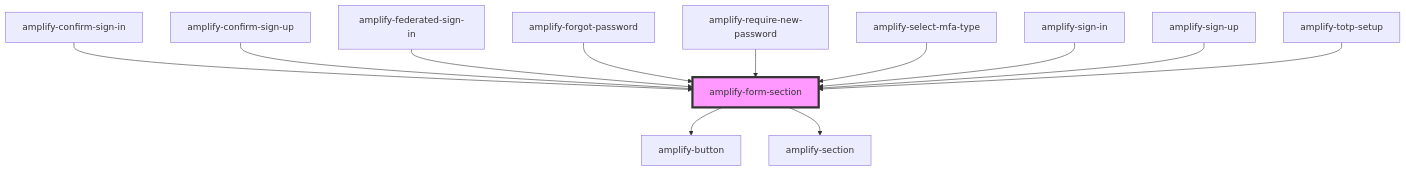
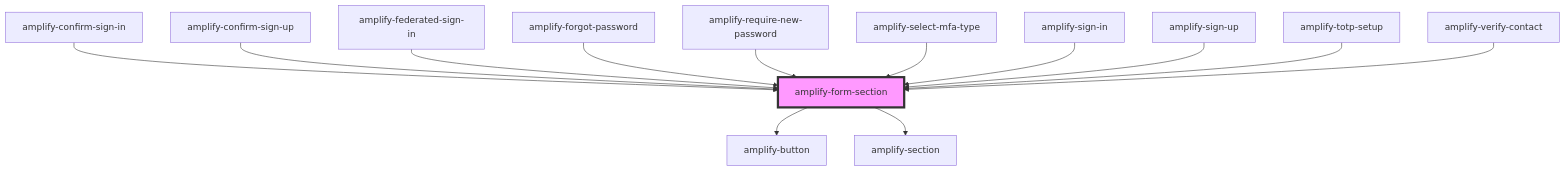
Before and after one commit to OneDev0411/amplify-js: the diagram in packages/amplify-ui-components/src/components/amplify-form-section/readme.md, drawn with Mermaid. The commit also changed other lines of this file and 21 other files, not shown here.

First line of the commit message:
feat(@aws-amplify/ui-components): amplify-verify-contact (#4583)

````diff
--- a/packages/amplify-ui-components/src/components/amplify-form-section/readme.md
+++ b/packages/amplify-ui-components/src/components/amplify-form-section/readme.md
@@ -38,15 +38,16 @@
 ```mermaid
 graph TD;
   amplify-form-section --> amplify-button
   amplify-form-section --> amplify-section
   amplify-confirm-sign-in --> amplify-form-section
   amplify-confirm-sign-up --> amplify-form-section
   amplify-federated-sign-in --> amplify-form-section
   amplify-forgot-password --> amplify-form-section
   amplify-require-new-password --> amplify-form-section
   amplify-select-mfa-type --> amplify-form-section
   amplify-sign-in --> amplify-form-section
   amplify-sign-up --> amplify-form-section
   amplify-totp-setup --> amplify-form-section
+  amplify-verify-contact --> amplify-form-section
   style amplify-form-section fill:#f9f,stroke:#333,stroke-width:4px
 ```
````
